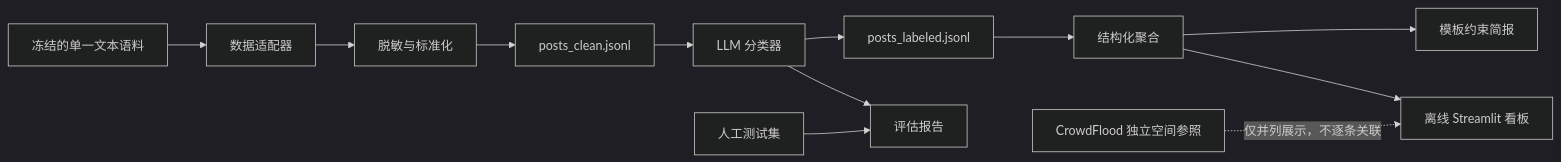
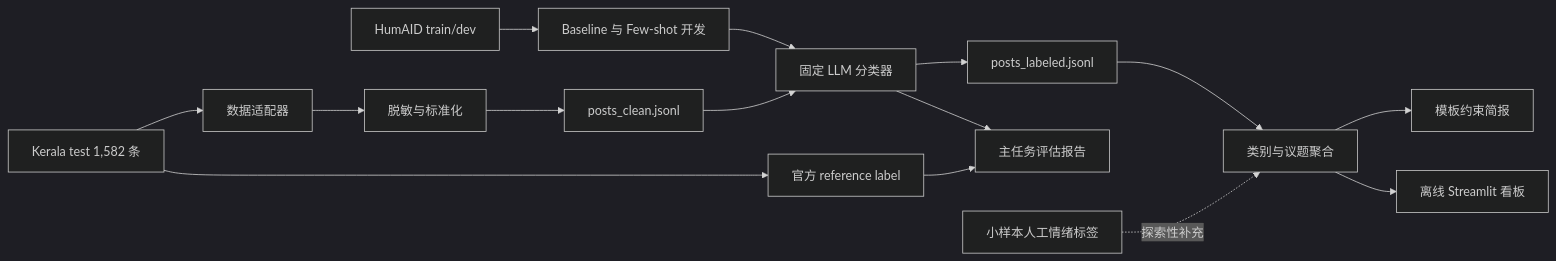
The diagram in docs/project/实施方案.md (yiwen-cai/urban-flood-social-sensing), drawn with Mermaid (dark theme) before and after one commit. The commit also changed other lines of this file and 1 other file, not shown here.

Commit message:
docs(project): freeze HumAID Kerala scope

````diff
--- a/docs/project/实施方案.md
+++ b/docs/project/实施方案.md
@@ -90,14 +93,17 @@
 ```mermaid
 flowchart LR
-    A["冻结的单一文本语料"] --> B["数据适配器"]
+    T["HumAID train/dev"] --> X["Baseline 与 Few-shot 开发"]
+    A["Kerala test 1,582 条"] --> B["数据适配器"]
     B --> C["脱敏与标准化"]
     C --> D["posts_clean.jsonl"]
-    D --> E["LLM 分类器"]
+    X --> E["固定 LLM 分类器"]
+    D --> E
     E --> F["posts_labeled.jsonl"]
-    F --> G["结构化聚合"]
+    A --> K["官方 reference label"]
+    E --> L["主任务评估报告"]
+    K --> L
+    F --> G["类别与议题聚合"]
     G --> H["模板约束简报"]
     G --> I["离线 Streamlit 看板"]
-    J["CrowdFlood 独立空间参照"] -. "仅并列展示，不逐条关联" .-> I
-    K["人工测试集"] --> L["评估报告"]
-    E --> L
+    M["小样本人工情绪标签"] -. "探索性补充" .-> G
 ```
````
